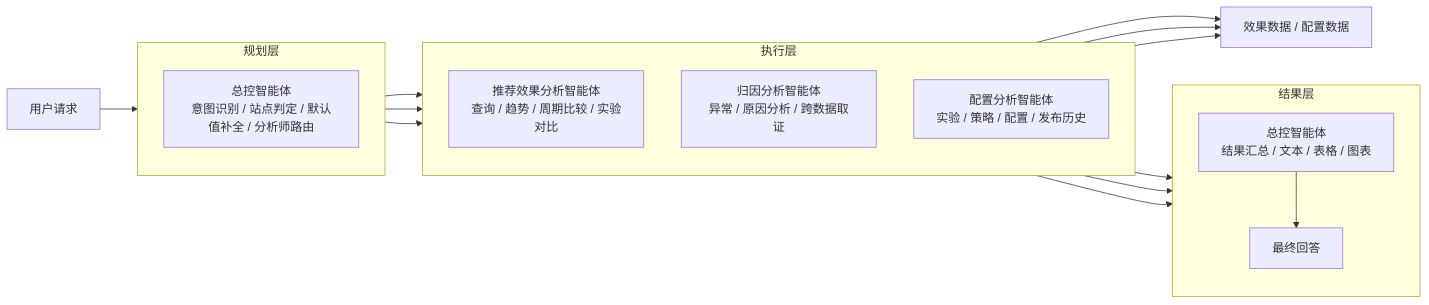
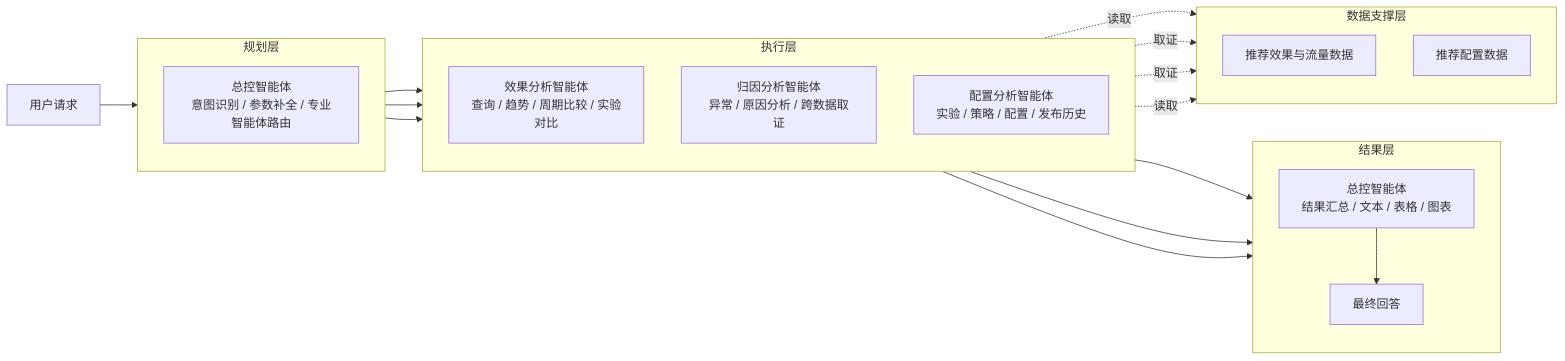
The first of 2 diagrams in weekly-report/agent-comparison.md (sgfd-ui/internship), drawn with Mermaid before and after one commit. The commit also changed other lines of this file, not shown here.

Commit message:
docs: refine layered architectures and add data support layer

````diff
--- a/weekly-report/agent-comparison.md
+++ b/weekly-report/agent-comparison.md
@@ -22,38 +22,43 @@
 ```mermaid
 flowchart LR
     U[用户请求]
 
     subgraph P[规划层]
         direction TB
-        S[总控智能体<br/>意图识别 / 站点判定 / 默认值补全 / 分析师路由]
+        S[总控智能体<br/>意图识别 / 参数补全 / 专业智能体路由]
     end
 
     subgraph E[执行层]
         direction TB
-        E1[推荐效果分析智能体<br/>查询 / 趋势 / 周期比较 / 实验对比]
+        E1[效果分析智能体<br/>查询 / 趋势 / 周期比较 / 实验对比]
         E2[归因分析智能体<br/>异常 / 原因分析 / 跨数据取证]
         E3[配置分析智能体<br/>实验 / 策略 / 配置 / 发布历史]
     end
 
     subgraph R[结果层]
         direction TB
         O[总控智能体<br/>结果汇总 / 文本 / 表格 / 图表]
         F[最终回答]
     end
 
-    D[效果数据 / 配置数据]
+    subgraph D[数据支撑层]
+        direction TB
+        D1[推荐效果与流量数据]
+        D2[推荐配置数据]
+    end
 
     U --> S
     S --> E1
     S --> E2
     S --> E3
 
-    E1 --> D
-    E2 --> D
-    E3 --> D
-
     E1 --> O
     E2 --> O
     E3 --> O
     O --> F
+
+    E1 -.读取.-> D1
+    E2 -.取证.-> D1
+    E2 -.取证.-> D2
+    E3 -.读取.-> D2
 ```
````
